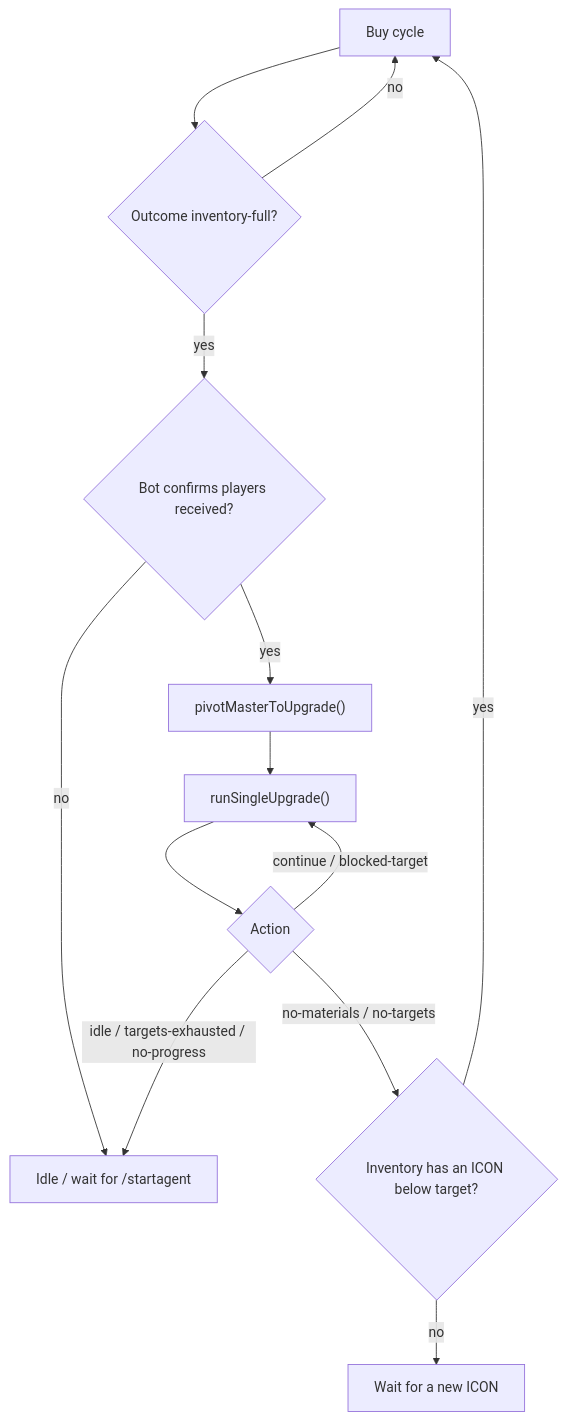
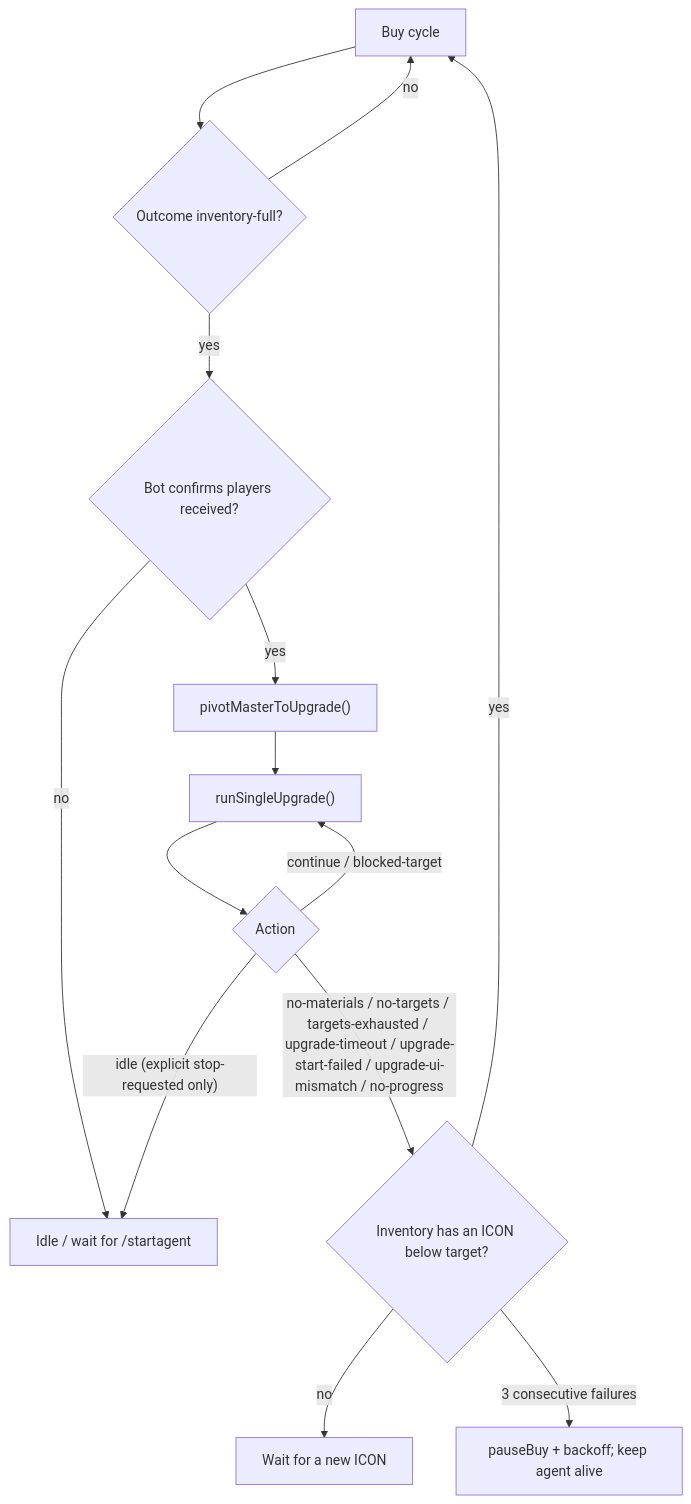
One commit to NgoNguyenVu/FO4-Agent changed the first of 2 diagrams in docs/upgrade-workflow.md. Above: the diagram before and after it, drawn with Mermaid. The commit also changed other lines of this file and 70 other files, not shown here.

````diff
--- a/docs/upgrade-workflow.md
+++ b/docs/upgrade-workflow.md
@@ -16,15 +16,16 @@
 ```mermaid
 flowchart TD
   BUY["Buy cycle"] --> INV{"Outcome inventory-full?"}
   INV -- no --> BUY
   INV -- yes --> RECEIPT{"Bot confirms players received?"}
   RECEIPT -- no --> IDLE["Idle / wait for /startagent"]
   RECEIPT -- yes --> PIVOT["pivotMasterToUpgrade()"]
   PIVOT --> RUN["runSingleUpgrade()"]
   RUN --> DECIDE{"Action"}
   DECIDE -- continue / blocked-target --> RUN
-  DECIDE -- no-materials / no-targets --> CHECK{"Inventory has an ICON below target?"}
+  DECIDE -- no-materials / no-targets / targets-exhausted / upgrade-timeout / upgrade-start-failed / upgrade-ui-mismatch / no-progress --> CHECK{"Inventory has an ICON below target?"}
   CHECK -- yes --> BUY
   CHECK -- no --> WAIT["Wait for a new ICON"]
-  DECIDE -- idle / targets-exhausted / no-progress --> IDLE
+  DECIDE -- idle (explicit stop-requested only) --> IDLE
+  CHECK -- 3 consecutive failures --> PAUSE["pauseBuy + backoff; keep agent alive"]
 ```
````
